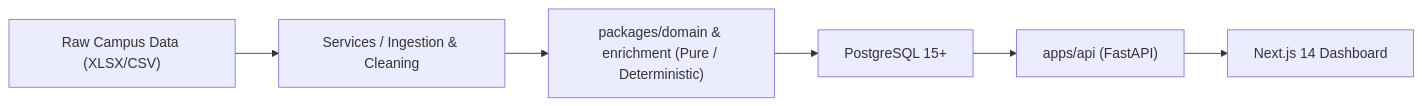
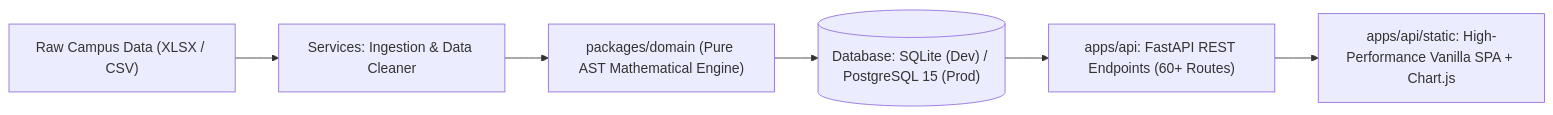
Before and after one commit to bhavyaanand2101-coder/BYTEXL_HACKATHON_2026_OCT: the diagram in README.md, drawn with Mermaid. The commit also changed other lines of this file and 13 other files, not shown here.

````diff
--- a/README.md
+++ b/README.md
@@ -24,8 +38,8 @@
 ```mermaid
 flowchart LR
-    RawData["Raw Campus Data (XLSX/CSV)"] --> Ingestion["Services / Ingestion & Cleaning"]
-    Ingestion --> ScoringPath["packages/domain & enrichment (Pure / Deterministic)"]
-    ScoringPath --> DB["PostgreSQL 15+"]
-    DB --> API["apps/api (FastAPI)"]
-    API --> UI["Next.js 14 Dashboard"]
+    RawData["Raw Campus Data (XLSX / CSV)"] --> Ingestion["Services: Ingestion & Data Cleaner"]
+    Ingestion --> ScoringPath["packages/domain (Pure AST Mathematical Engine)"]
+    ScoringPath --> DB[("Database: SQLite (Dev) / PostgreSQL 15 (Prod)")]
+    DB --> API["apps/api: FastAPI REST Endpoints (60+ Routes)"]
+    API --> UI["apps/api/static: High-Performance Vanilla SPA + Chart.js"]
 ```
````
